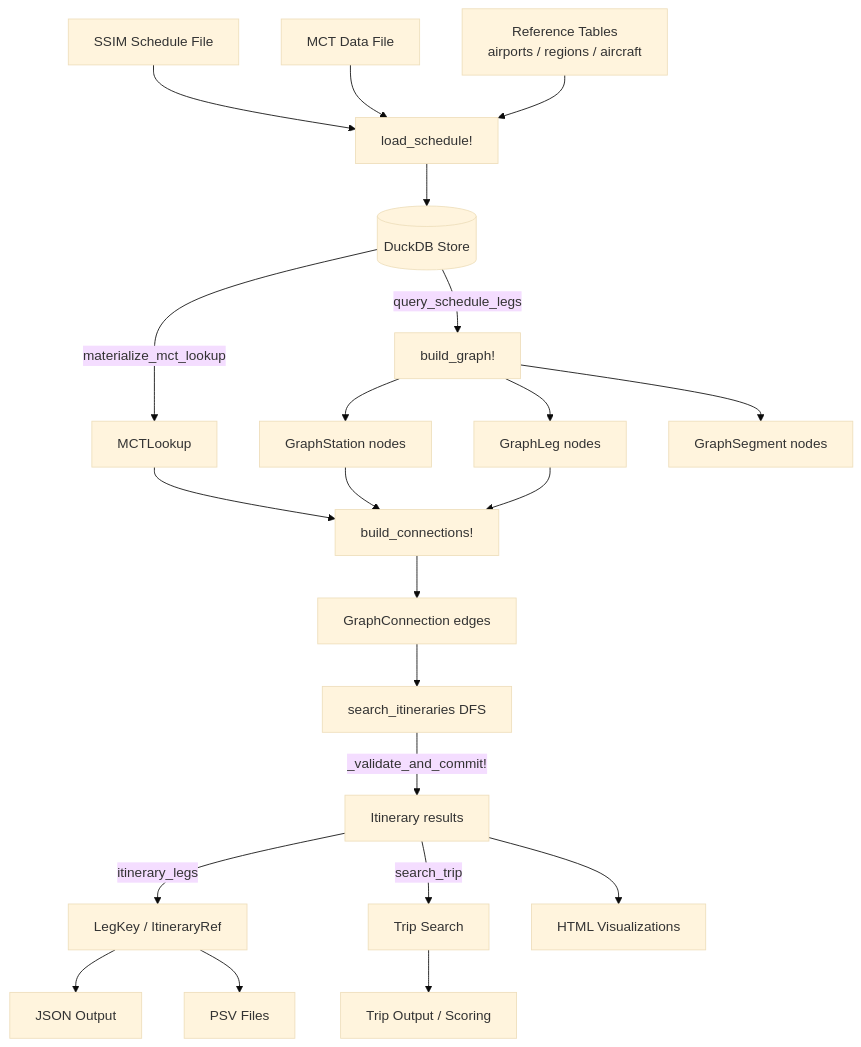
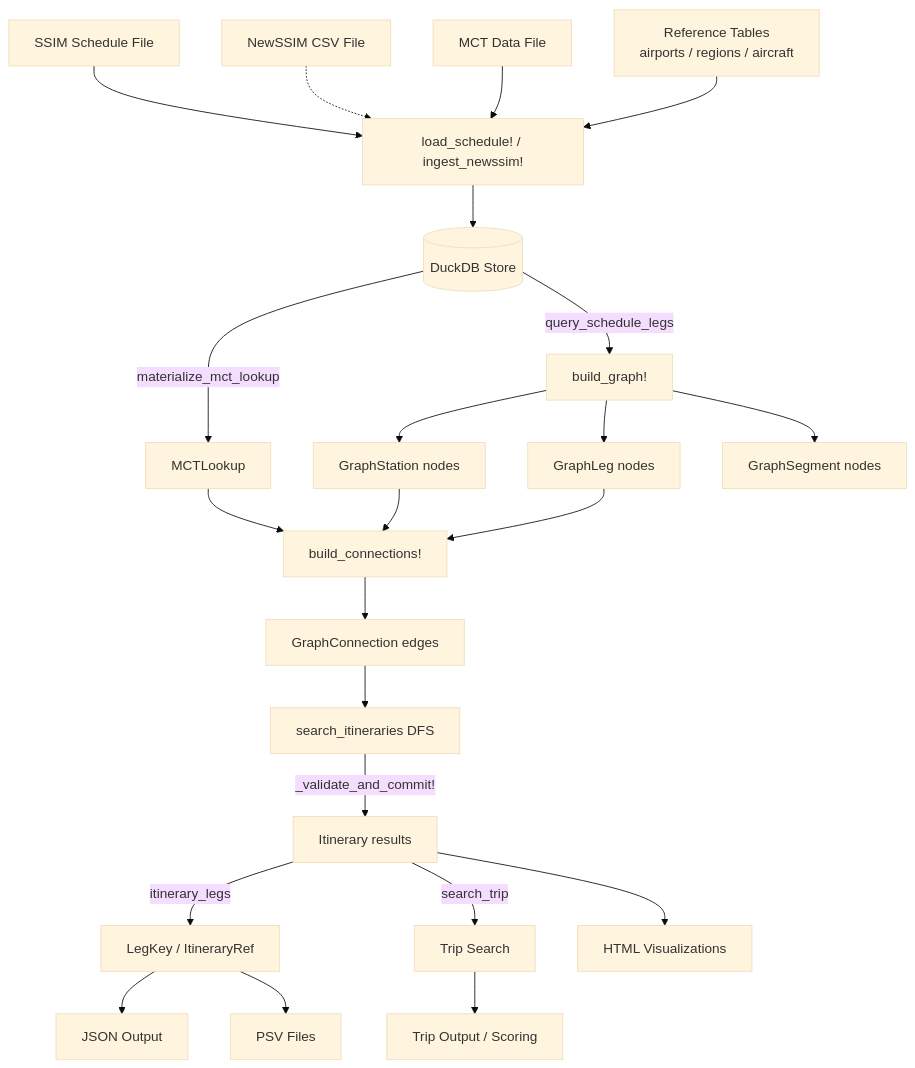
Before and after one commit to cell-scape/ItinerarySearch.jl: the first of 2 diagrams in docs/src/architecture.md, drawn with Mermaid (base theme). The commit also changed other lines of this file and 6 other files, not shown here.

First line of the commit message:
docs: update CLAUDE.md, README, and docs for renamed fields and newssim ingest

````diff
--- a/docs/src/architecture.md
+++ b/docs/src/architecture.md
@@ -7,31 +7,32 @@
 ```mermaid
 graph TD
     SSIM[SSIM Schedule File] --> Ingest
+    NewSSIM[NewSSIM CSV File] -.-> Ingest
     MCT[MCT Data File] --> Ingest
     Refs[Reference Tables\nairports / regions / aircraft] --> Ingest
 
-    Ingest[load_schedule!] --> DuckDB[(DuckDB Store)]
+    Ingest[load_schedule! / ingest_newssim!] --> DuckDB[(DuckDB Store)]
 
     DuckDB --> |query_schedule_legs| GraphBuild[build_graph!]
     DuckDB --> |materialize_mct_lookup| MCTLookup[MCTLookup]
 
     GraphBuild --> Stations[GraphStation nodes]
     GraphBuild --> Legs[GraphLeg nodes]
     GraphBuild --> Segments[GraphSegment nodes]
     MCTLookup --> ConnBuild
 
     Stations --> ConnBuild[build_connections!]
     Legs --> ConnBuild
     ConnBuild --> Connections[GraphConnection edges]
 
     Connections --> DFS[search_itineraries DFS]
     DFS --> |_validate_and_commit!| Itineraries[Itinerary results]
 
     Itineraries --> |itinerary_legs| LegIndex[LegKey / ItineraryRef]
     Itineraries --> |search_trip| Trips[Trip Search]
 
     LegIndex --> JSON[JSON Output]
     LegIndex --> PSV[PSV Files]
     Trips --> TripOut[Trip Output / Scoring]
     Itineraries --> Viz[HTML Visualizations]
 ```
````
